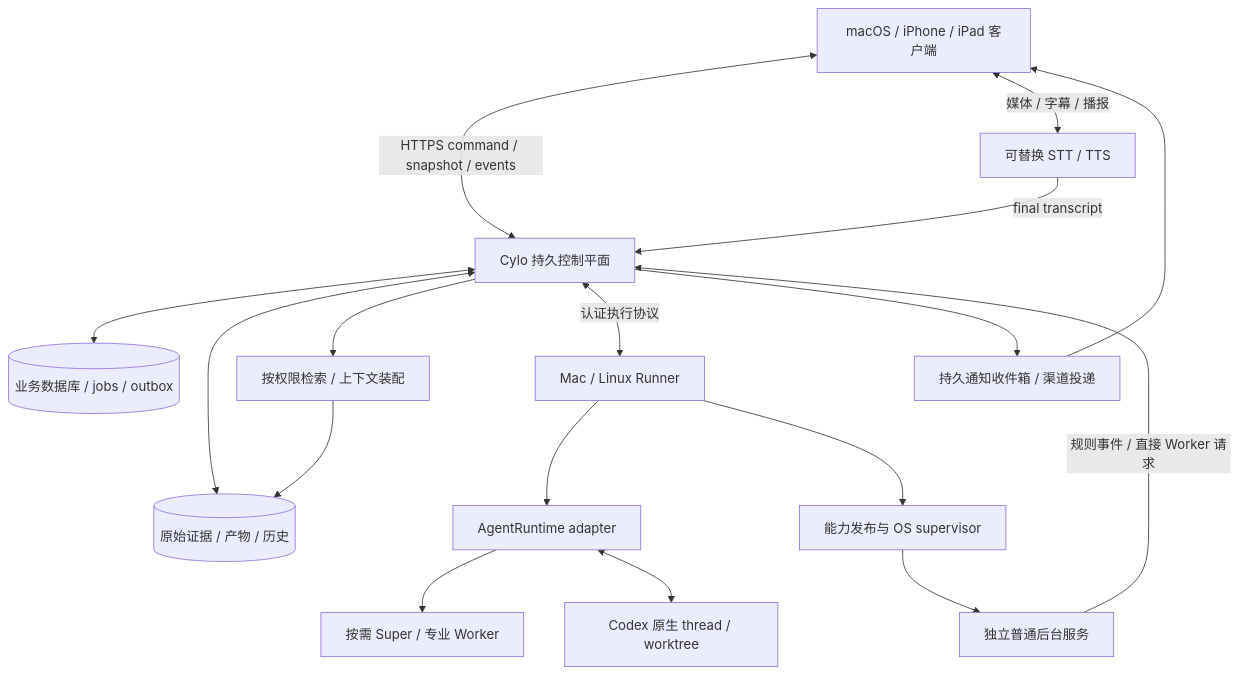
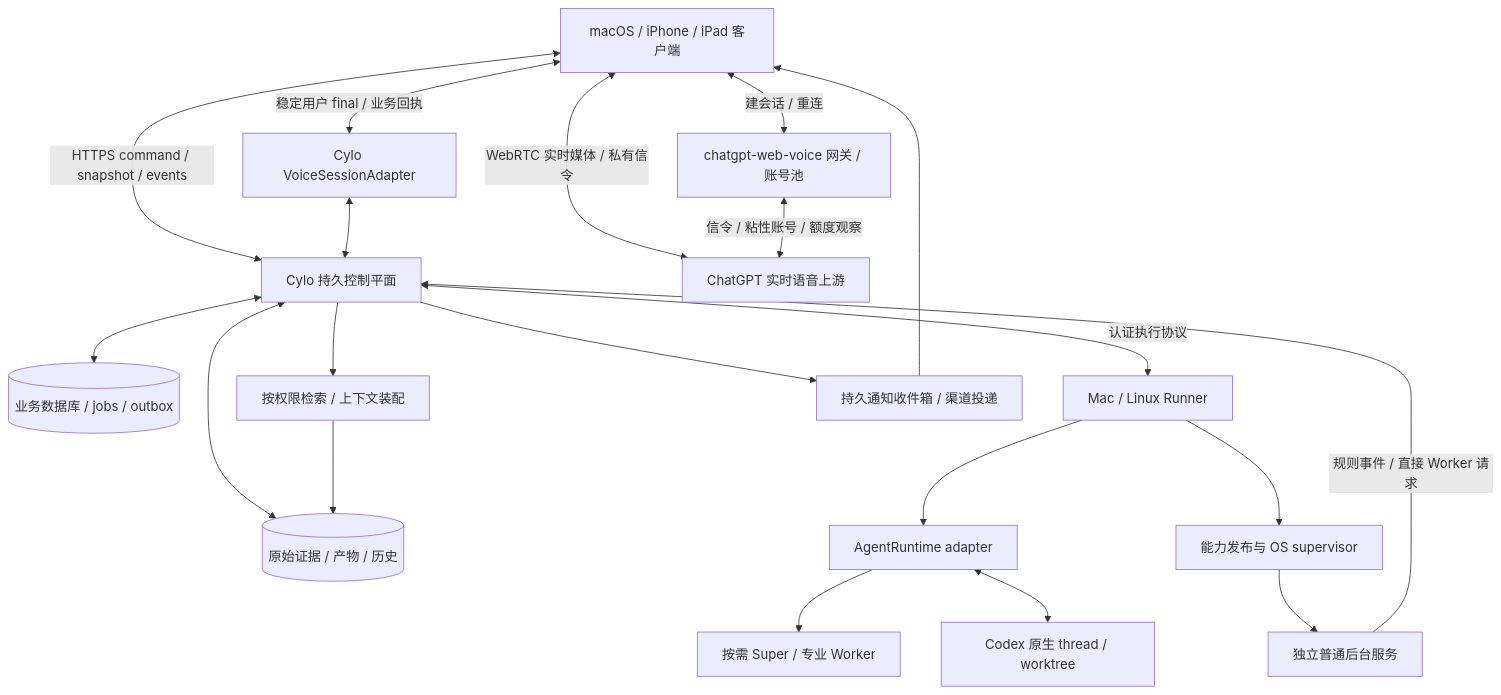
Before and after one commit to ronigooja/Cylo: the diagram in Cylo-实现调研与架构方案.md, drawn with Mermaid. The commit also changed other lines of this file and 4 other files, not shown here.

Commit message:
docs: integrate realtime voice account scheduling and native handoff architecture

````diff
--- a/Cylo-实现调研与架构方案.md
+++ b/Cylo-实现调研与架构方案.md
@@ -26,19 +26,22 @@
 ```mermaid
 flowchart TB
   UI[macOS / iPhone / iPad 客户端] <-->|HTTPS command / snapshot / events| C[Cylo 持久控制平面]
-  UI <-->|媒体 / 字幕 / 播报| V[可替换 STT / TTS]
-  V -->|final transcript| C
+  UI <-->|WebRTC 实时媒体 / 私有信令| U[ChatGPT 实时语音上游]
+  UI <-->|建会话 / 重连| G[chatgpt-web-voice 网关 / 账号池]
+  G <-->|信令 / 粘性账号 / 额度观察| U
+  UI <-->|稳定用户 final / 业务回执| V[Cylo VoiceSessionAdapter]
+  V <--> C
   C <--> D[(业务数据库 / jobs / outbox)]
   C <--> E[(原始证据 / 产物 / 历史)]
   C --> M[按权限检索 / 上下文装配]
   M --> E
   C <-->|认证执行协议| R[Mac / Linux Runner]
   R --> A[AgentRuntime adapter]
   A --> S[按需 Super / 专业 Worker]
   A <--> X[Codex 原生 thread / worktree]
   R --> P[能力发布与 OS supervisor]
   P --> B[独立普通后台服务]
   B -->|规则事件 / 直接 Worker 请求| C
   C --> N[持久通知收件箱 / 渠道投递]
   N --> UI
 ```
````
